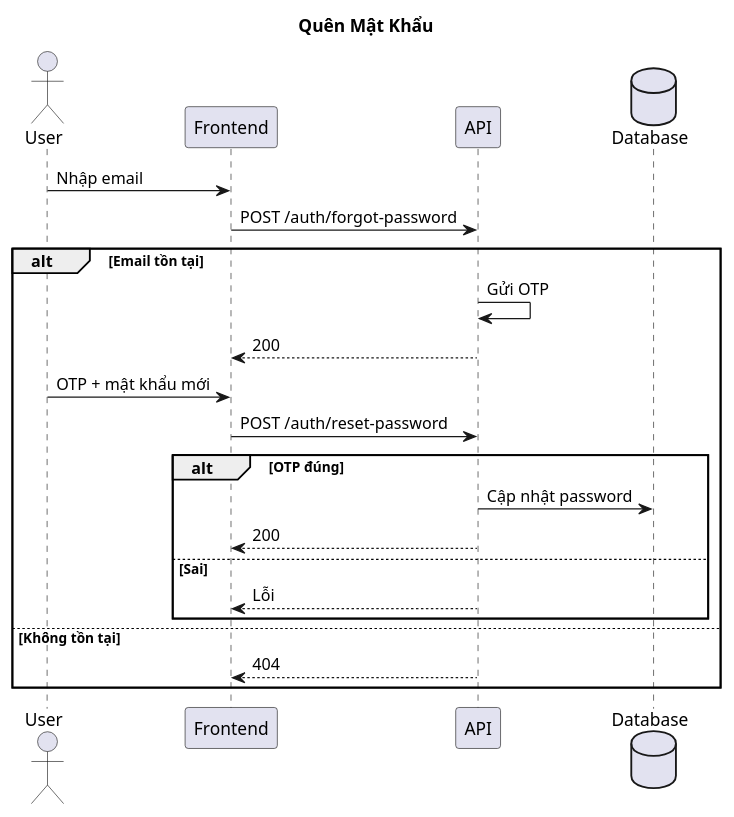
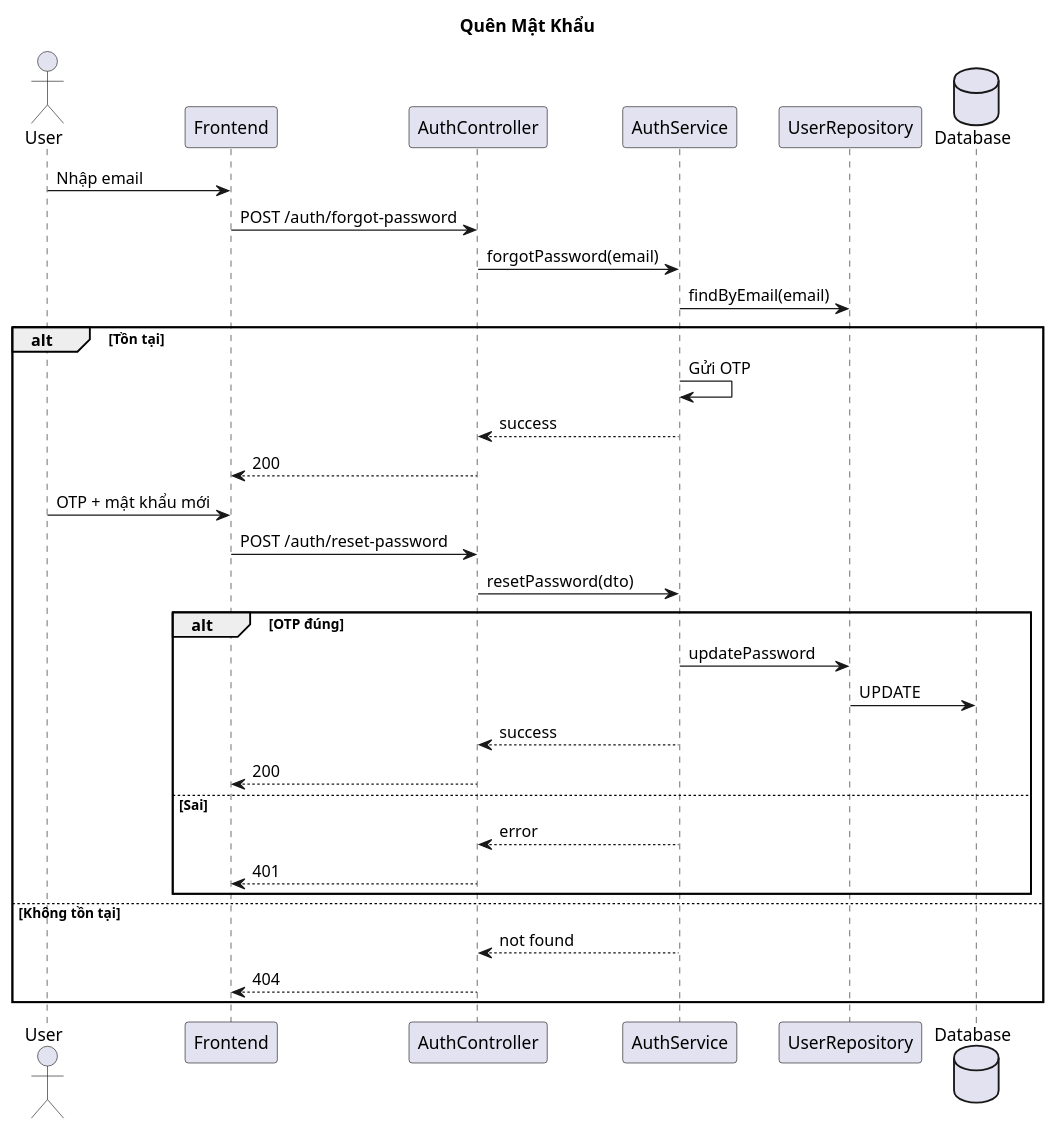
The diagram in docs/sequence-diagram-quen-mat-khau.md (BuiThaiBao/Propify), drawn with PlantUML before and after one commit. The commit also changed other lines of this file and 11 other files, not shown here.

Commit message:
feat: update sequence diagrams to reflect 3-layer architecture and detailed interactions

````diff
--- a/docs/sequence-diagram-quen-mat-khau.md
+++ b/docs/sequence-diagram-quen-mat-khau.md
@@ -3,27 +3,37 @@
 ```plantuml
 @startuml
 title Quên Mật Khẩu
 
 actor "User" as User
 participant "Frontend" as FE
-participant "API" as API
+participant "AuthController" as Controller
+participant "AuthService" as Service
+participant "UserRepository" as Repo
 database "Database" as DB
 
 User -> FE: Nhập email
-FE -> API: POST /auth/forgot-password
-alt Email tồn tại
-  API -> API: Gửi OTP
-  API --> FE: 200
+FE -> Controller: POST /auth/forgot-password
+Controller -> Service: forgotPassword(email)
+Service -> Repo: findByEmail(email)
+alt Tồn tại
+  Service -> Service: Gửi OTP
+  Service --> Controller: success
+  Controller --> FE: 200
   User -> FE: OTP + mật khẩu mới
-  FE -> API: POST /auth/reset-password
+  FE -> Controller: POST /auth/reset-password
+  Controller -> Service: resetPassword(dto)
   alt OTP đúng
-    API -> DB: Cập nhật password
-    API --> FE: 200
+    Service -> Repo: updatePassword
+    Repo -> DB: UPDATE
+    Service --> Controller: success
+    Controller --> FE: 200
   else Sai
-    API --> FE: Lỗi
+    Service --> Controller: error
+    Controller --> FE: 401
   end
 else Không tồn tại
-  API --> FE: 404
+  Service --> Controller: not found
+  Controller --> FE: 404
 end
 @enduml
 ```
````
